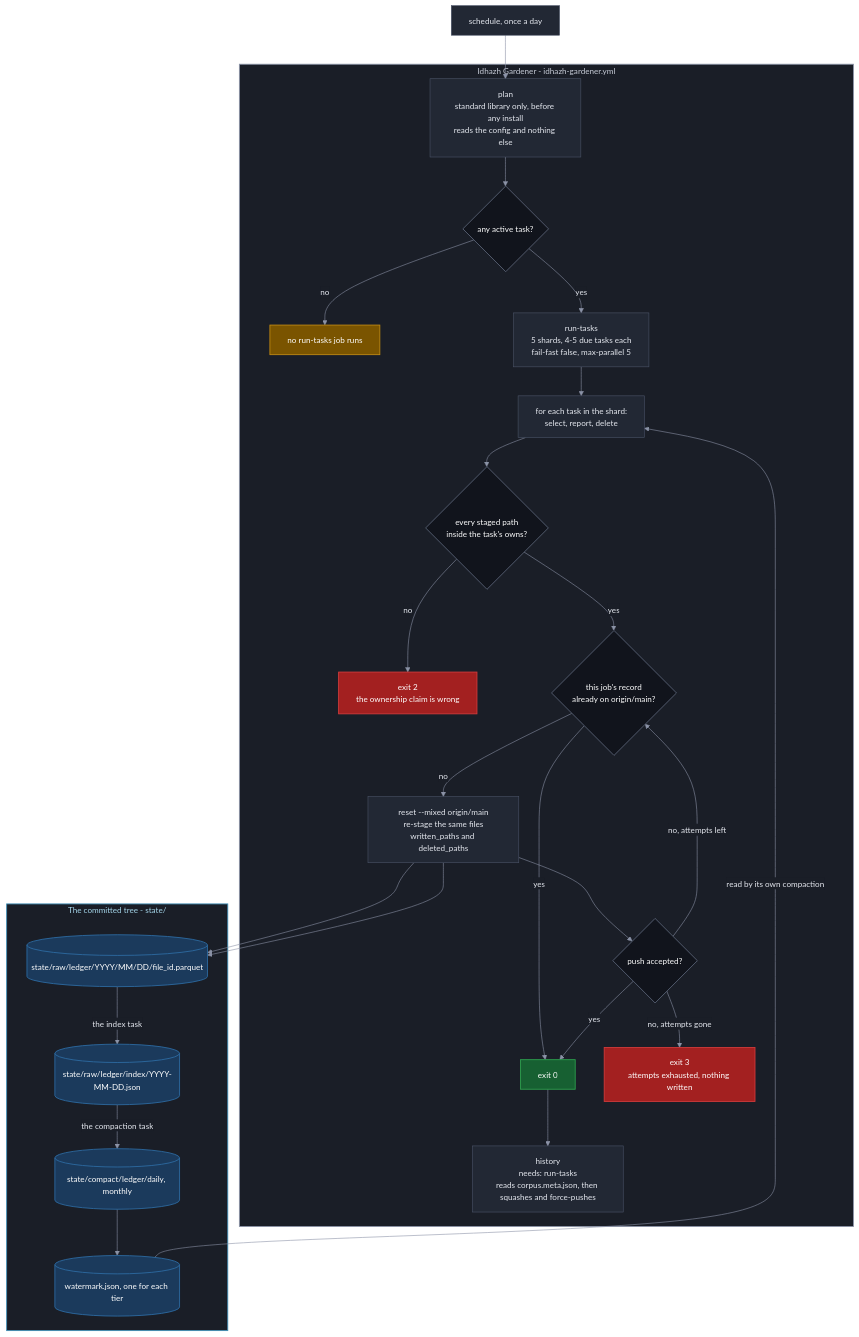
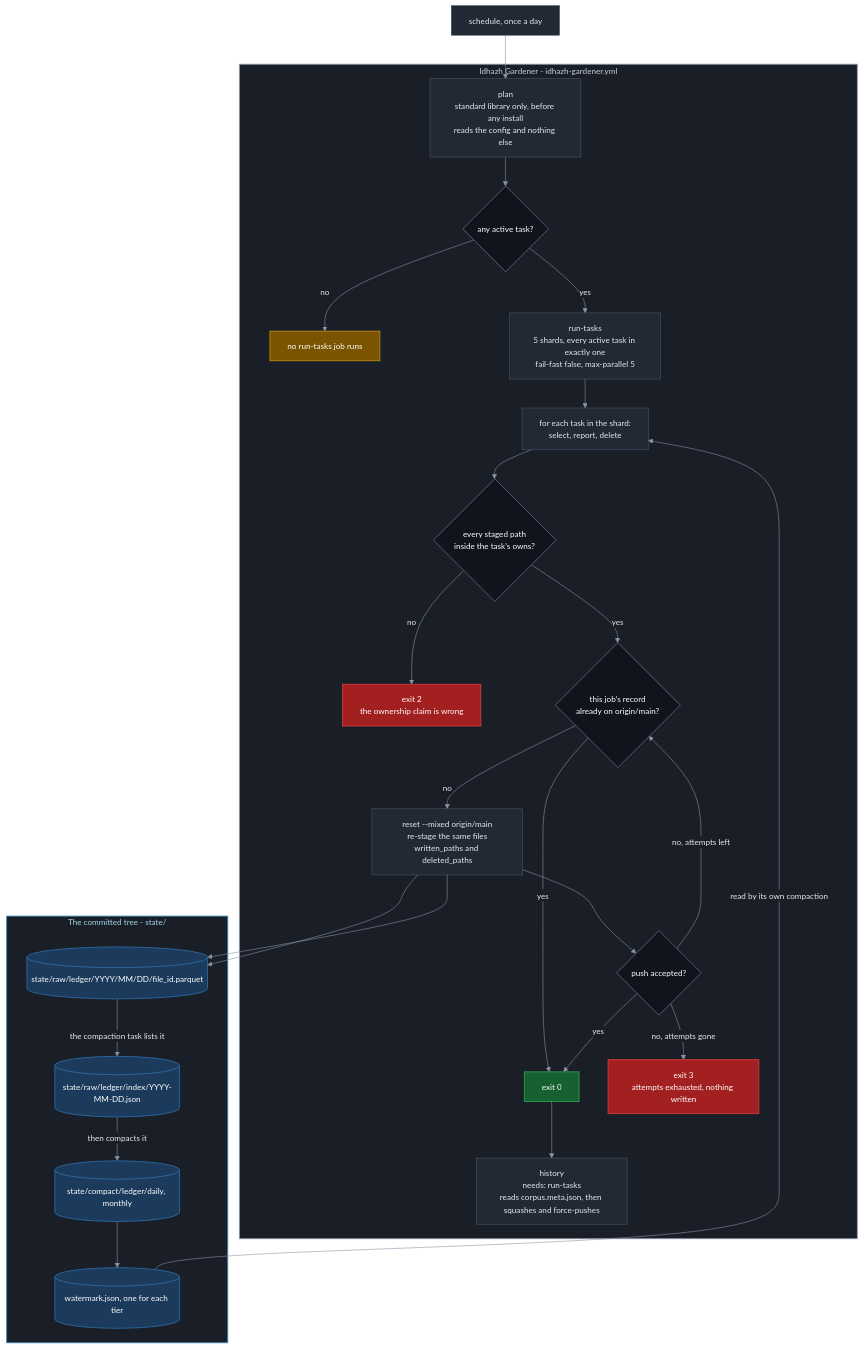
Before and after one commit to miztiik/yen-idhazh: the first of 2 diagrams in TODO/20260924-50-idhazh-gardener-plan.md, drawn with Mermaid. The commit also changed other lines of this file and 2 other files, not shown here.

First line of the commit message:
docs: plan 50 states each fact once, and moved ledgers keep bounded history

````diff
--- a/TODO/20260924-50-idhazh-gardener-plan.md
+++ b/TODO/20260924-50-idhazh-gardener-plan.md
@@ -171,68 +171,68 @@
 ```mermaid
 %%{init: {"theme": "base", "themeVariables": {"background": "#0f1117", "primaryColor": "#222834", "primaryTextColor": "#e6e9f0", "primaryBorderColor": "#4b5468", "lineColor": "#8b93a7", "textColor": "#e6e9f0", "clusterBkg": "#1a1e27", "clusterBorder": "#3a4254", "titleColor": "#e6e9f0", "edgeLabelBackground": "#1a1e27", "fontSize": "14px"}}}%%
 flowchart TB
   CRON["schedule, once a day"]
 
   subgraph OPS["Idhazh Gardener - idhazh-gardener.yml"]
     PLAN["plan<br/>standard library only, before any install<br/>reads the config and nothing else"]
     ANY{"any active task?"}
     IDLE["no run-tasks job runs"]
-    TEND["run-tasks<br/>5 shards, 4-5 due tasks each<br/>fail-fast false, max-parallel 5"]
+    TEND["run-tasks<br/>5 shards, every active task in exactly one<br/>fail-fast false, max-parallel 5"]
     RUN["for each task in the shard:<br/>select, report, delete"]
     OWNED{"every staged path<br/>inside the task's owns?"}
     OUTSIDE["exit 2<br/>the ownership claim is wrong"]
     LANDED{"this job's record<br/>already on origin/main?"}
     REAPPLY["reset --mixed origin/main<br/>re-stage the same files<br/>written_paths and deleted_paths"]
     PUSHED{"push accepted?"}
     OK["exit 0"]
     LOST["exit 3<br/>attempts exhausted, nothing written"]
     HIST["history<br/>needs: run-tasks<br/>reads corpus.meta.json, then squashes and force-pushes"]
   end
 
   subgraph TREE["The committed tree - state/"]
     RAW[("state/raw/ledger/YYYY/MM/DD/file_id.parquet")]
     RIDX[("state/raw/ledger/index/YYYY-MM-DD.json")]
     COMPACT[("state/compact/ledger/daily, monthly")]
     WM[("watermark.json, one for each tier")]
   end
 
   CRON --> PLAN
   PLAN --> ANY
   ANY -->|"no"| IDLE
   ANY -->|"yes"| TEND
   TEND --> RUN
   RUN --> OWNED
   OWNED -->|"no"| OUTSIDE
   OWNED -->|"yes"| LANDED
   LANDED -->|"yes"| OK
   LANDED -->|"no"| REAPPLY
   REAPPLY --> RAW
   REAPPLY --> PUSHED
   PUSHED -->|"yes"| OK
   PUSHED -->|"no, attempts left"| LANDED
   PUSHED -->|"no, attempts gone"| LOST
   OK --> HIST
   WM -->|"read by its own compaction"| RUN
   REAPPLY --> RAW
-  RAW -->|"the index task"| RIDX
-  RIDX -->|"the compaction task"| COMPACT
+  RAW -->|"the compaction task lists it"| RIDX
+  RIDX -->|"then compacts it"| COMPACT
   COMPACT --> WM
 
   classDef stage fill:#222834,stroke:#4b5468,stroke-width:1px,color:#e6e9f0;
   classDef decision fill:#11141c,stroke:#5b6477,stroke-width:1.5px,color:#ffffff;
   classDef yes fill:#176032,stroke:#2ea04f,stroke-width:1.5px,color:#ffffff;
   classDef no fill:#a32020,stroke:#d23b3b,stroke-width:1.5px,color:#ffffff;
   classDef warn fill:#7a5400,stroke:#c08a12,stroke-width:1.5px,color:#ffffff;
   classDef ledger fill:#1b3a5c,stroke:#2d6ca3,stroke-width:1.5px,color:#ffffff;
   classDef sysOps fill:#1a1e27,stroke:#8b93a7,stroke-width:1.5px,color:#c8cdd8;
   classDef sysPublish fill:#1a1e27,stroke:#3f8fb8,stroke-width:1.5px,color:#a5d6ea;
 
   class CRON,PLAN,TEND,RUN,REAPPLY,HIST stage;
   class ANY,OWNED,LANDED,PUSHED decision;
   class OK yes;
   class OUTSIDE,LOST no;
   class IDLE warn;
   class RAW,COMPACT,RIDX,WM ledger;
   class OPS sysOps;
   class TREE sysPublish;
 ```
````
